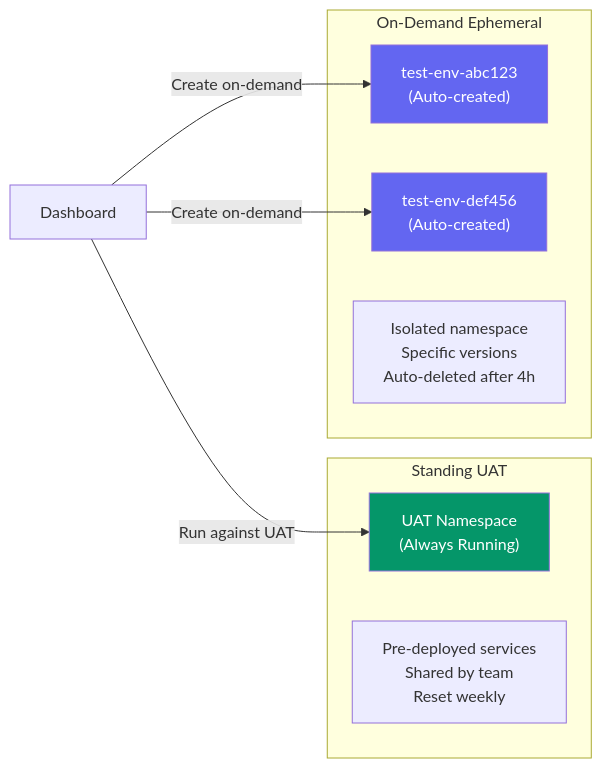
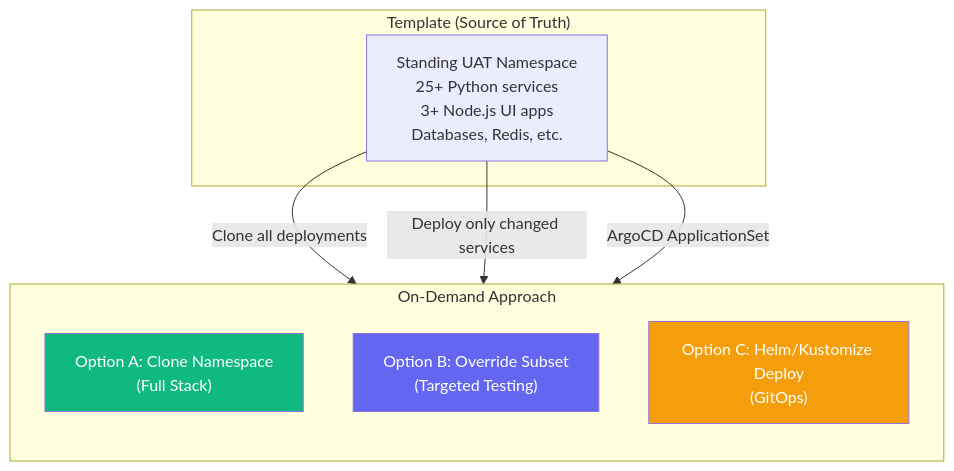
The second of 3 diagrams in docs/QA-AUTOMATION-MCP-DESIGN.md (frnx82/release_readiness), drawn with Mermaid before and after one commit. The commit also changed other lines of this file and 1 other file, not shown here.

Commit message:
adding test confluence

````diff
--- a/docs/QA-AUTOMATION-MCP-DESIGN.md
+++ b/docs/QA-AUTOMATION-MCP-DESIGN.md
@@ -363,21 +305,21 @@
 ```mermaid
-graph LR
-    subgraph "Standing UAT"
-        UAT["UAT Namespace<br/>(Always Running)"]
-        UAT_DESC["Pre-deployed services<br/>Shared by team<br/>Reset weekly"]
+graph TB
+    subgraph "Template (Source of Truth)"
+        UAT["Standing UAT Namespace<br/>25+ Python services<br/>3+ Node.js UI apps<br/>Databases, Redis, etc."]
     end
 
-    subgraph "On-Demand Ephemeral"
-        OD1["test-env-abc123<br/>(Auto-created)"]
-        OD2["test-env-def456<br/>(Auto-created)"]
-        OD_DESC["Isolated namespace<br/>Specific versions<br/>Auto-deleted after 4h"]
+    subgraph "On-Demand Approach"
+        direction TB
+        A["Option A: Clone Namespace<br/>(Full Stack)"]
+        B["Option B: Override Subset<br/>(Targeted Testing)"]
+        C["Option C: Helm/Kustomize Deploy<br/>(GitOps)"]
     end
 
-    Dashboard -->|"Run against UAT"| UAT
-    Dashboard -->|"Create on-demand"| OD1
-    Dashboard -->|"Create on-demand"| OD2
+    UAT -->|"Clone all deployments"| A
+    UAT -->|"Deploy only changed services"| B
+    UAT -->|"ArgoCD ApplicationSet"| C
 
-    style UAT fill:#059669,color:#fff
-    style OD1 fill:#6366f1,color:#fff
-    style OD2 fill:#6366f1,color:#fff
+    style A fill:#10b981,color:#fff
+    style B fill:#6366f1,color:#fff
+    style C fill:#f59e0b,color:#fff
 ```
````
